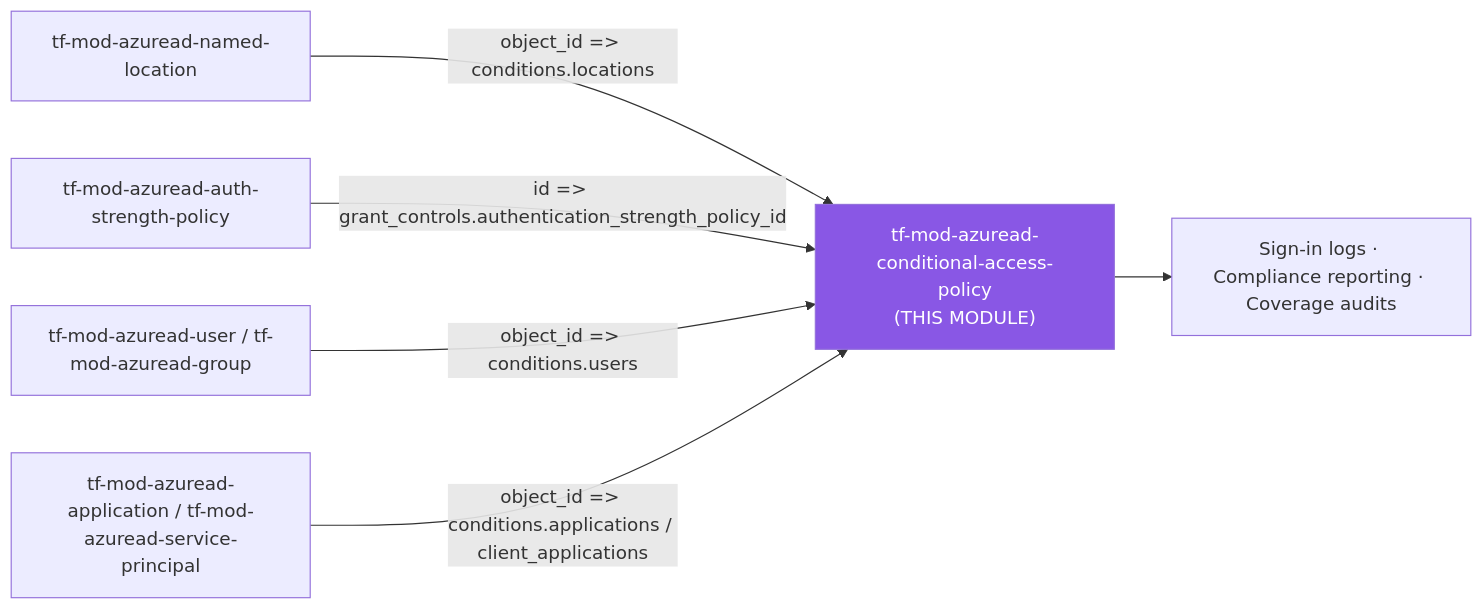
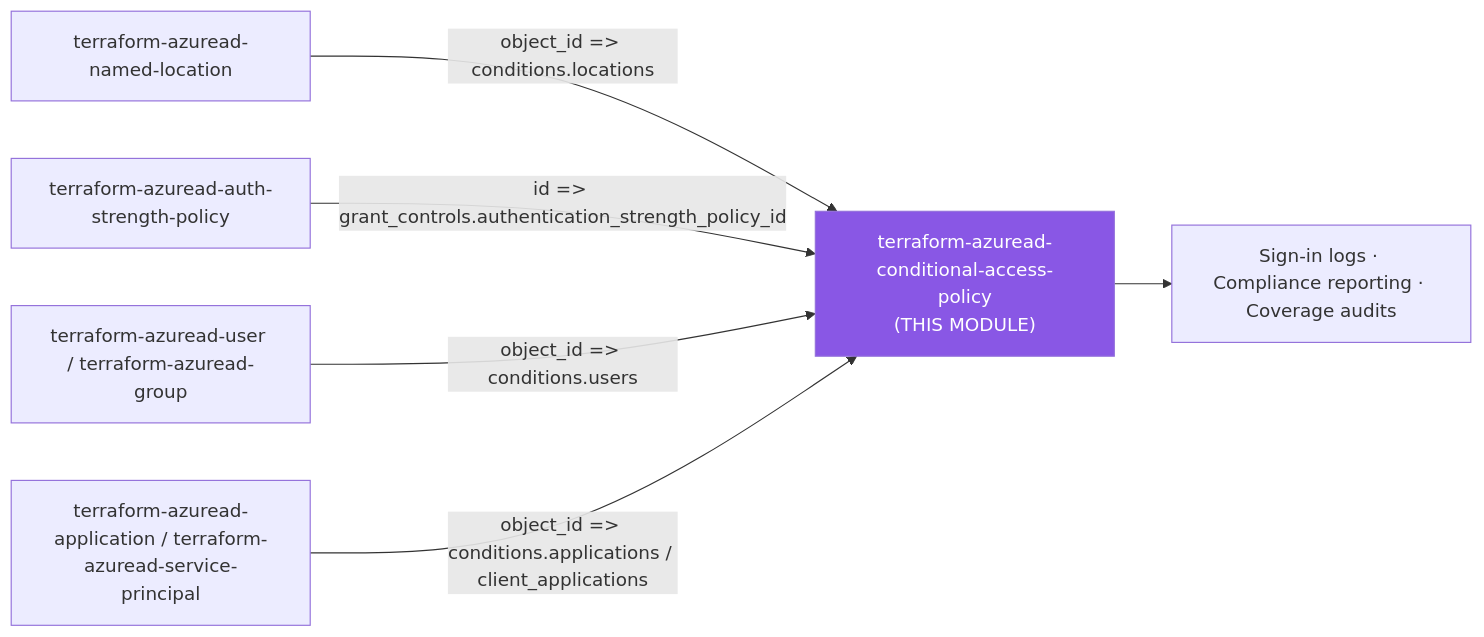
One commit to microsoftexpert/terraform-azuread-conditional-access-policy changed the first of 2 diagrams in README.md. Above: the diagram before and after it, drawn with Mermaid. The commit also changed other lines of this file and 2 other files, not shown here.

````diff
--- a/README.md
+++ b/README.md
@@ -39,17 +39,17 @@
 ```mermaid
 flowchart LR
- NL["tf-mod-azuread-named-location"]
- ASP["tf-mod-azuread-auth-strength-policy"]
- USR["tf-mod-azuread-user / tf-mod-azuread-group"]
- APP["tf-mod-azuread-application / tf-mod-azuread-service-principal"]
- THIS["tf-mod-azuread-conditional-access-policy<br/>(THIS MODULE)"]
+ NL["terraform-azuread-named-location"]
+ ASP["terraform-azuread-auth-strength-policy"]
+ USR["terraform-azuread-user / terraform-azuread-group"]
+ APP["terraform-azuread-application / terraform-azuread-service-principal"]
+ THIS["terraform-azuread-conditional-access-policy<br/>(THIS MODULE)"]
  CONSUMERS["Sign-in logs · Compliance reporting · Coverage audits"]
 
  NL -->|"object_id => conditions.locations"| THIS
  ASP -->|"id => grant_controls.authentication_strength_policy_id"| THIS
  USR -->|"object_id => conditions.users"| THIS
  APP -->|"object_id => conditions.applications / client_applications"| THIS
  THIS --> CONSUMERS
 
  style THIS fill:#8957E5,color:#fff
 ```
````
